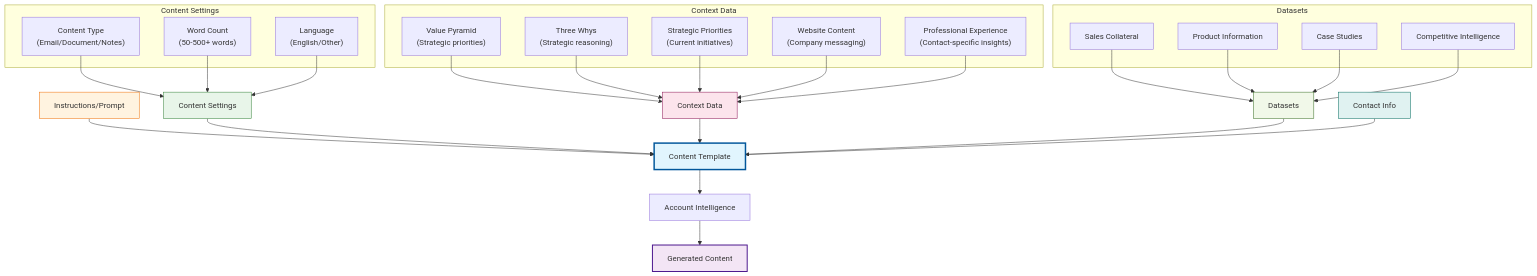
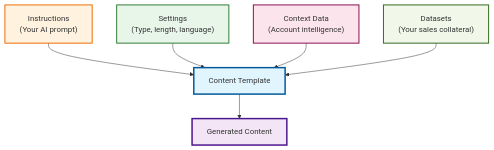
The diagram in content-overview/content-templates.mdx (edmoorepgai/docs), drawn with Mermaid before and after one commit.

Commit message:
Documentation edits made through Mintlify web editor

````diff
--- a/content-overview/content-templates.mdx
+++ b/content-overview/content-templates.mdx
@@ -23,71 +23,30 @@
 ```mermaid
 ---
 config:
   flowchart:
     htmlLabels: false
   layout: dagre
 ---
 flowchart TD
-    I["Instructions/Prompt"]
-    CS["Content Settings"]
-    CD["Context Data"]
-    DS["Datasets"]
-    CI["Contact Info"]
+    I["Instructions<br/>(Your AI prompt)"]
+    S["Settings<br/>(Type, length, language)"]
+    C["Context Data<br/>(Account intelligence)"]
+    D["Datasets<br/>(Your sales collateral)"]
     
-    CT["Content Template"]
-    AI["Account Intelligence"]
-    GC["Generated Content"]
+    T["Content Template"]
+    G["Generated Content"]
     
-    I --> CT
-    CS --> CT
-    CD --> CT
-    DS --> CT
-    CI --> CT
+    I --> T
+    S --> T
+    C --> T
+    D --> T
     
-    CT --> AI
-    AI --> GC
+    T --> G
     
-    subgraph "Content Settings"
-        CS1["Content Type<br/>(Email/Document/Notes)"]
-        CS2["Word Count<br/>(50-500+ words)"]
-        CS3["Language<br/>(English/Other)"]
-    end
-    
-    subgraph "Context Data"
-        CD1["Value Pyramid<br/>(Strategic priorities)"]
-        CD2["Three Whys<br/>(Strategic reasoning)"]
-        CD3["Strategic Priorities<br/>(Current initiatives)"]
-        CD4["Website Content<br/>(Company messaging)"]
-        CD5["Professional Experience<br/>(Contact-specific insights)"]
-    end
-    
-    subgraph "Datasets"
-        DS1["Sales Collateral"]
-        DS2["Product Information"]
-        DS3["Case Studies"]
-        DS4["Competitive Intelligence"]
-    end
-    
-    CS1 --> CS
-    CS2 --> CS
-    CS3 --> CS
-    
-    CD1 --> CD
-    CD2 --> CD
-    CD3 --> CD
-    CD4 --> CD
-    CD5 --> CD
-    
-    DS1 --> DS
-    DS2 --> DS
-    DS3 --> DS
-    DS4 --> DS
-    
-    style CT fill:#e1f5fe,stroke:#01579b,stroke-width:3px
-    style GC fill:#f3e5f5,stroke:#4a148c,stroke-width:2px
-    style I fill:#fff3e0,stroke:#ef6c00,stroke-width:1px
-    style CS fill:#e8f5e9,stroke:#2e7d32,stroke-width:1px
-    style CD fill:#fce4ec,stroke:#880e4f,stroke-width:1px
-    style DS fill:#f1f8e9,stroke:#33691e,stroke-width:1px
-    style CI fill:#e0f2f1,stroke:#00695c,stroke-width:1px
+    style T fill:#e1f5fe,stroke:#01579b,stroke-width:3px
+    style G fill:#f3e5f5,stroke:#4a148c,stroke-width:3px
+    style I fill:#fff3e0,stroke:#ef6c00,stroke-width:2px
+    style S fill:#e8f5e9,stroke:#2e7d32,stroke-width:2px
+    style C fill:#fce4ec,stroke:#880e4f,stroke-width:2px
+    style D fill:#f1f8e9,stroke:#33691e,stroke-width:2px
 ```
````
